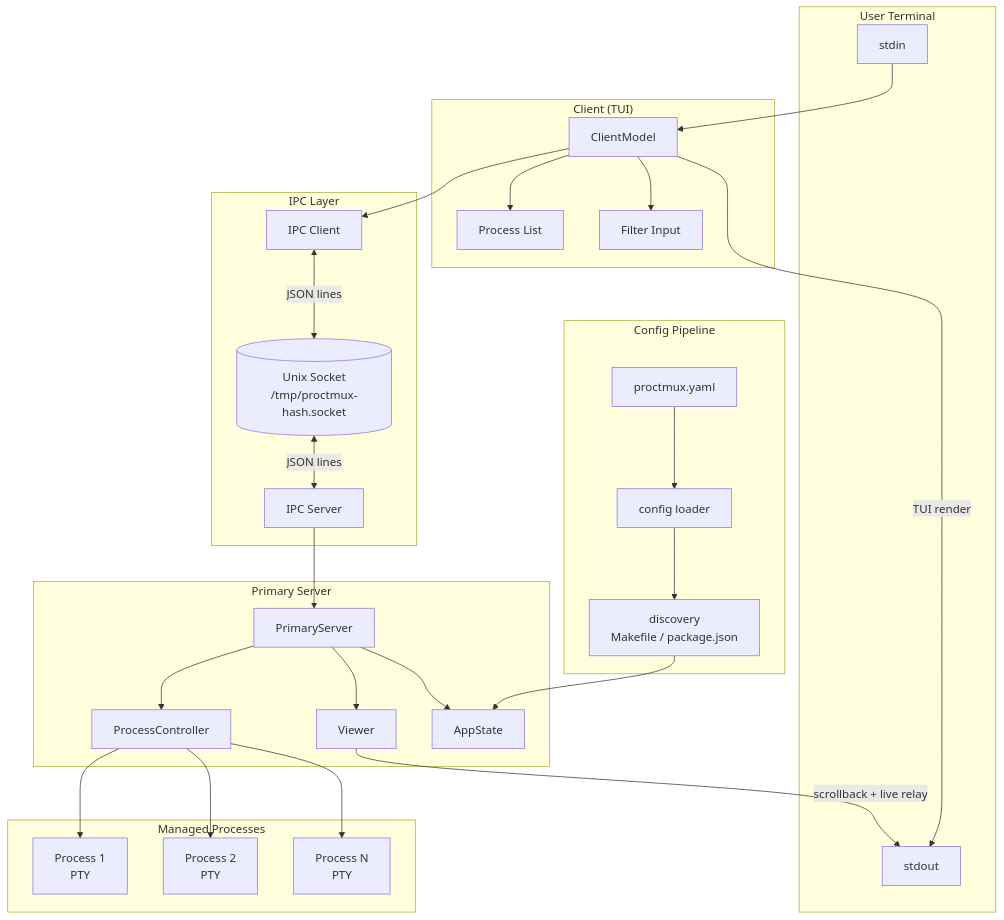
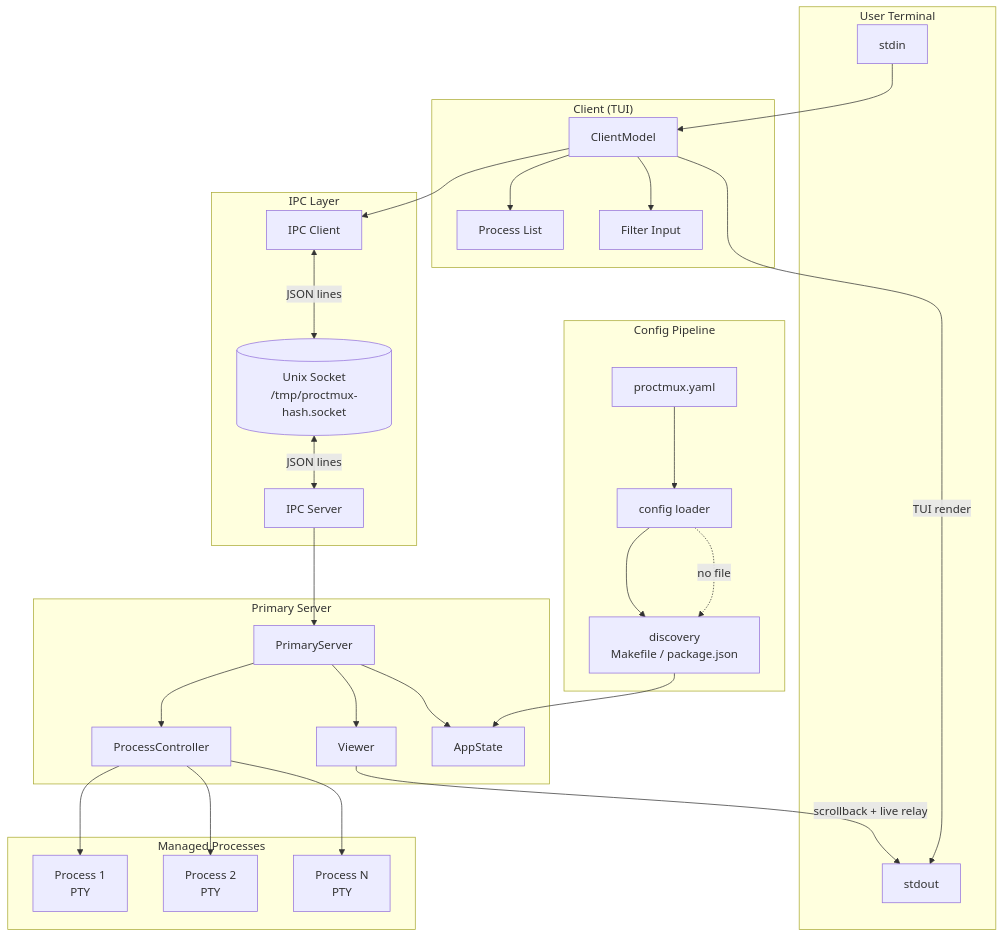
The diagram in docs/architecture.md (napisani/proctmux), drawn with Mermaid before and after one commit. The commit also changed other lines of this file and 527 other files, not shown here.

````diff
--- a/docs/architecture.md
+++ b/docs/architecture.md
@@ -7,58 +7,59 @@
 ```mermaid
 graph TB
     subgraph "User Terminal"
         STDIN[stdin]
         STDOUT[stdout]
     end
 
     subgraph "Client (TUI)"
         CM[ClientModel]
         PL[Process List]
         FI[Filter Input]
     end
 
     subgraph "IPC Layer"
         IC[IPC Client]
         IS[IPC Server]
         SOCK[(Unix Socket<br/>/tmp/proctmux-hash.socket)]
     end
 
     subgraph "Primary Server"
         PS[PrimaryServer]
         PC[ProcessController]
         VW[Viewer]
         AS[AppState]
     end
 
     subgraph "Managed Processes"
         P1[Process 1<br/>PTY]
         P2[Process 2<br/>PTY]
         PN[Process N<br/>PTY]
     end
 
     subgraph "Config Pipeline"
         YAML[proctmux.yaml]
         CL[config loader]
         PD[discovery<br/>Makefile / package.json]
     end
 
     STDIN --> CM
     CM --> PL
     CM --> FI
     CM --> IC
     IC <-->|JSON lines| SOCK
     SOCK <-->|JSON lines| IS
     IS --> PS
     PS --> AS
     PS --> PC
     PS --> VW
     PC --> P1
     PC --> P2
     PC --> PN
     VW -->|scrollback + live relay| STDOUT
     CM -->|TUI render| STDOUT
 
     YAML --> CL
     CL --> PD
     PD --> AS
+    CL -. no file .-> PD
 ```
````
